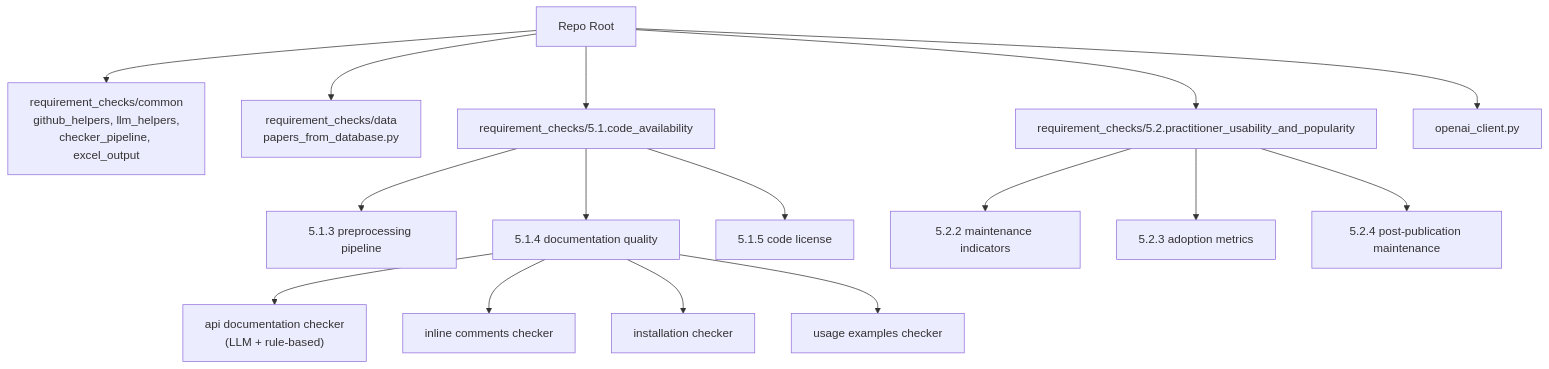
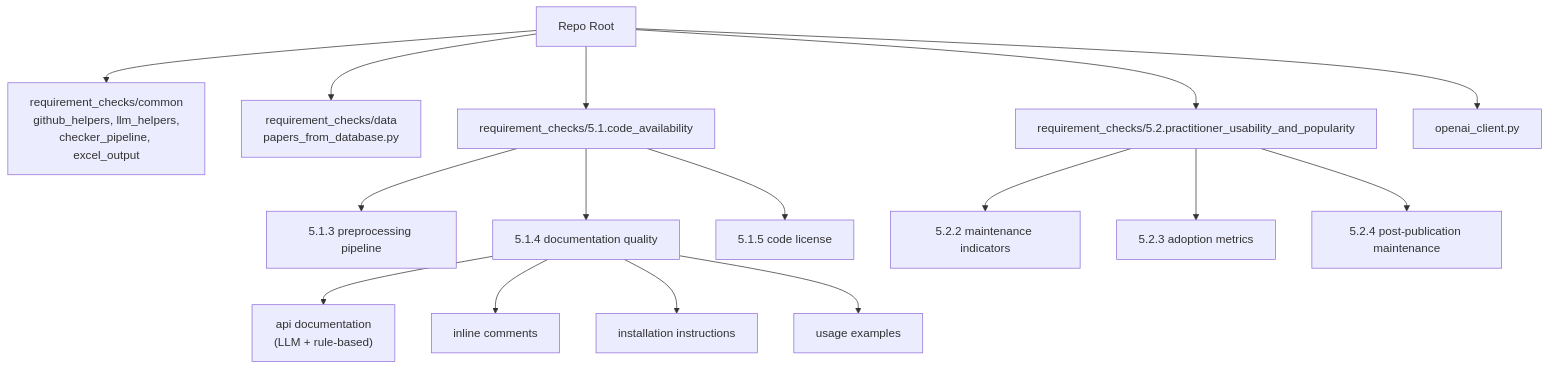
Before and after one commit to AminDaryan/Scrape-GitHub: the diagram in README.md, drawn with Mermaid. The commit also changed other lines of this file and 1 other file, not shown here.

````diff
--- a/README.md
+++ b/README.md
@@ -48,19 +41,19 @@
 ```mermaid
 flowchart TD
   root["Repo Root"]
   root --> common["requirement_checks/common<br/>github_helpers, llm_helpers,<br/>checker_pipeline, excel_output"]
   root --> data["requirement_checks/data<br/>papers_from_database.py"]
   root --> q51["requirement_checks/5.1.code_availability"]
   q51 --> q513["5.1.3 preprocessing pipeline"]
   q51 --> q514["5.1.4 documentation quality"]
-  q514 --> apidoc["api documentation checker<br/>(LLM + rule-based)"]
-  q514 --> inline["inline comments checker"]
-  q514 --> install["installation checker"]
-  q514 --> usage["usage examples checker"]
   q51 --> q515["5.1.5 code license"]
+  q514 --> apidoc["api documentation<br/>(LLM + rule-based)"]
+  q514 --> inline["inline comments"]
+  q514 --> install["installation instructions"]
+  q514 --> usage["usage examples"]
   root --> q52["requirement_checks/5.2.practitioner_usability_and_popularity"]
   q52 --> q522["5.2.2 maintenance indicators"]
   q52 --> q523["5.2.3 adoption metrics"]
   q52 --> q524["5.2.4 post-publication maintenance"]
   root --> client["openai_client.py"]
 ```
````
